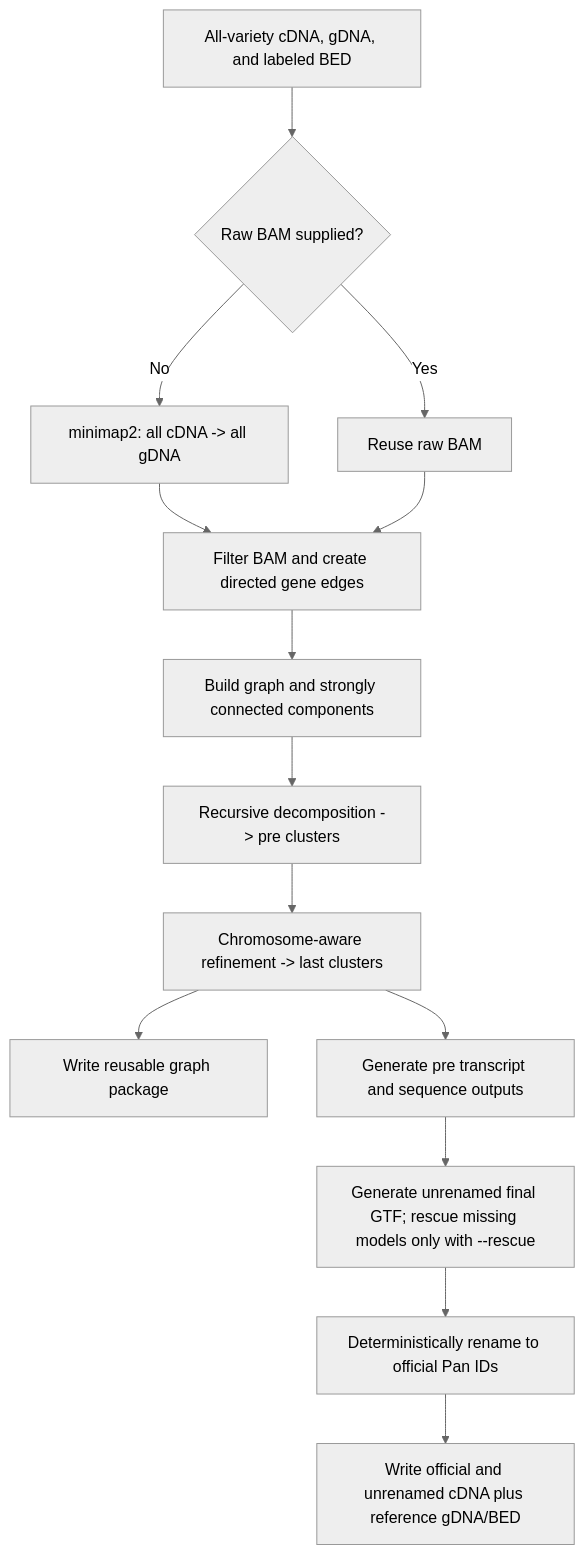
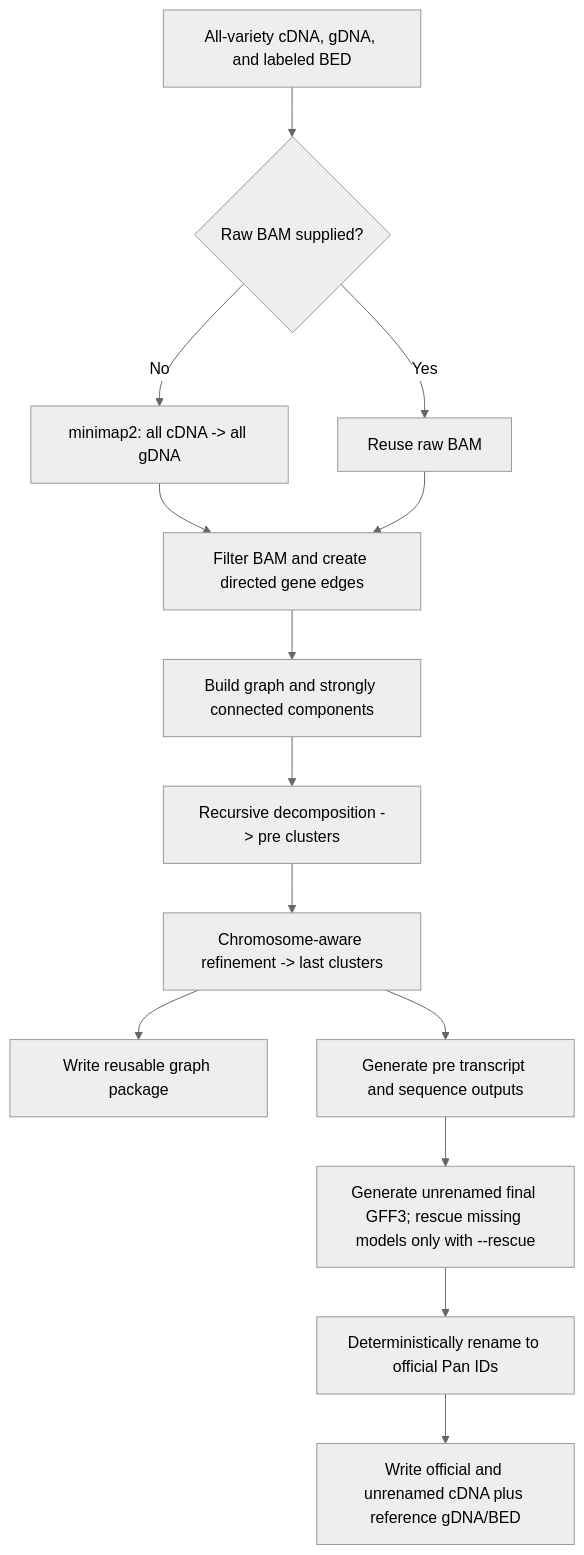
Before and after one commit to changQing111/PanTrans: the first of 2 diagrams in BUILDING_PROCESS.md, drawn with Mermaid (neutral theme). The commit also changed other lines of this file and 26 other files, not shown here.

````diff
--- a/BUILDING_PROCESS.md
+++ b/BUILDING_PROCESS.md
@@ -62,16 +62,16 @@
 ```mermaid
 flowchart TD
     A["All-variety cDNA, gDNA, and labeled BED"] --> B{"Raw BAM supplied?"}
     B -->|"No"| C["minimap2: all cDNA -> all gDNA"]
     B -->|"Yes"| D["Reuse raw BAM"]
     C --> E["Filter BAM and create directed gene edges"]
     D --> E
     E --> F["Build graph and strongly connected components"]
     F --> G["Recursive decomposition -> pre clusters"]
     G --> H["Chromosome-aware refinement -> last clusters"]
     H --> I["Write reusable graph package"]
     H --> J["Generate pre transcript and sequence outputs"]
-    J --> K["Generate unrenamed final GTF; rescue missing models only with --rescue"]
+    J --> K["Generate unrenamed final GFF3; rescue missing models only with --rescue"]
     K --> L["Deterministically rename to official Pan IDs"]
     L --> M["Write official and unrenamed cDNA plus reference gDNA/BED"]
 ```
````
